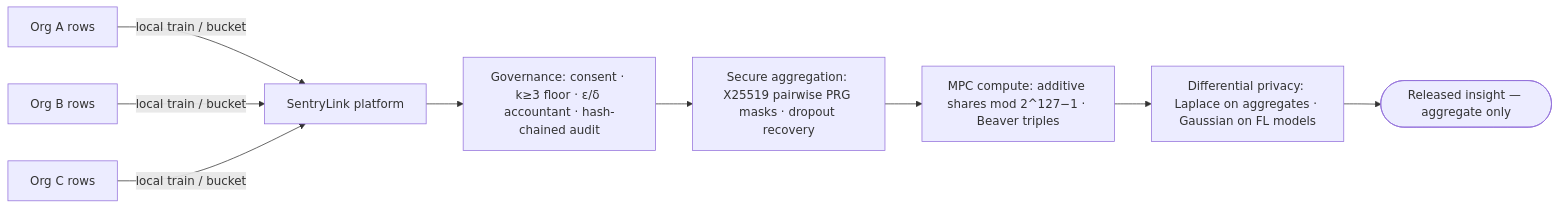
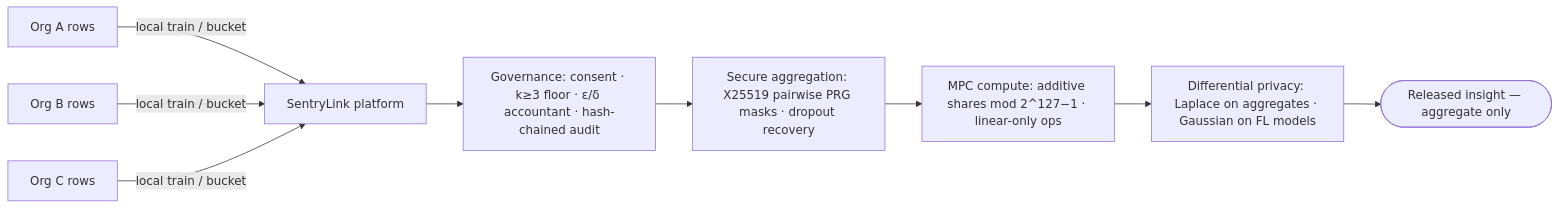
Before and after one commit to MOHAMED-EL-HADDIOUI/SentryLink: the diagram in README.md, drawn with Mermaid. The commit also changed other lines of this file and 11 other files, not shown here.

````diff
--- a/README.md
+++ b/README.md
@@ -42,11 +42,11 @@
 ```mermaid
 flowchart LR
     A[Org A rows] -->|local train / bucket| P[SentryLink platform]
     B[Org B rows] -->|local train / bucket| P
     C[Org C rows] -->|local train / bucket| P
     P --> G[Governance: consent · k≥3 floor · ε/δ accountant · hash-chained audit]
     G --> S[Secure aggregation: X25519 pairwise PRG masks · dropout recovery]
-    S --> M[MPC compute: additive shares mod 2^127−1 · Beaver triples]
+    S --> M[MPC compute: additive shares mod 2^127−1 · linear-only ops]
     M --> D[Differential privacy: Laplace on aggregates · Gaussian on FL models]
     D --> R([Released insight — aggregate only])
 ```
````
